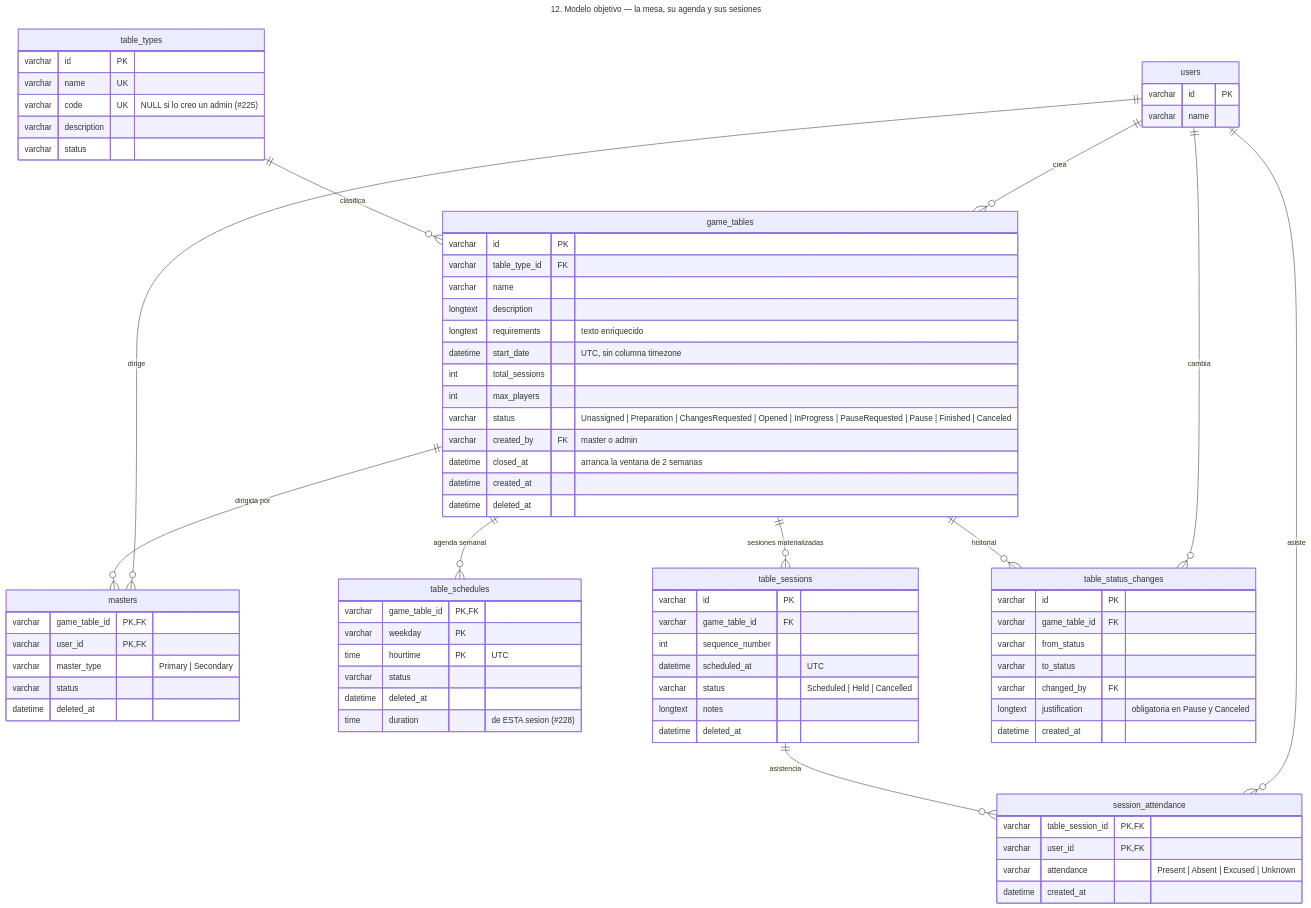
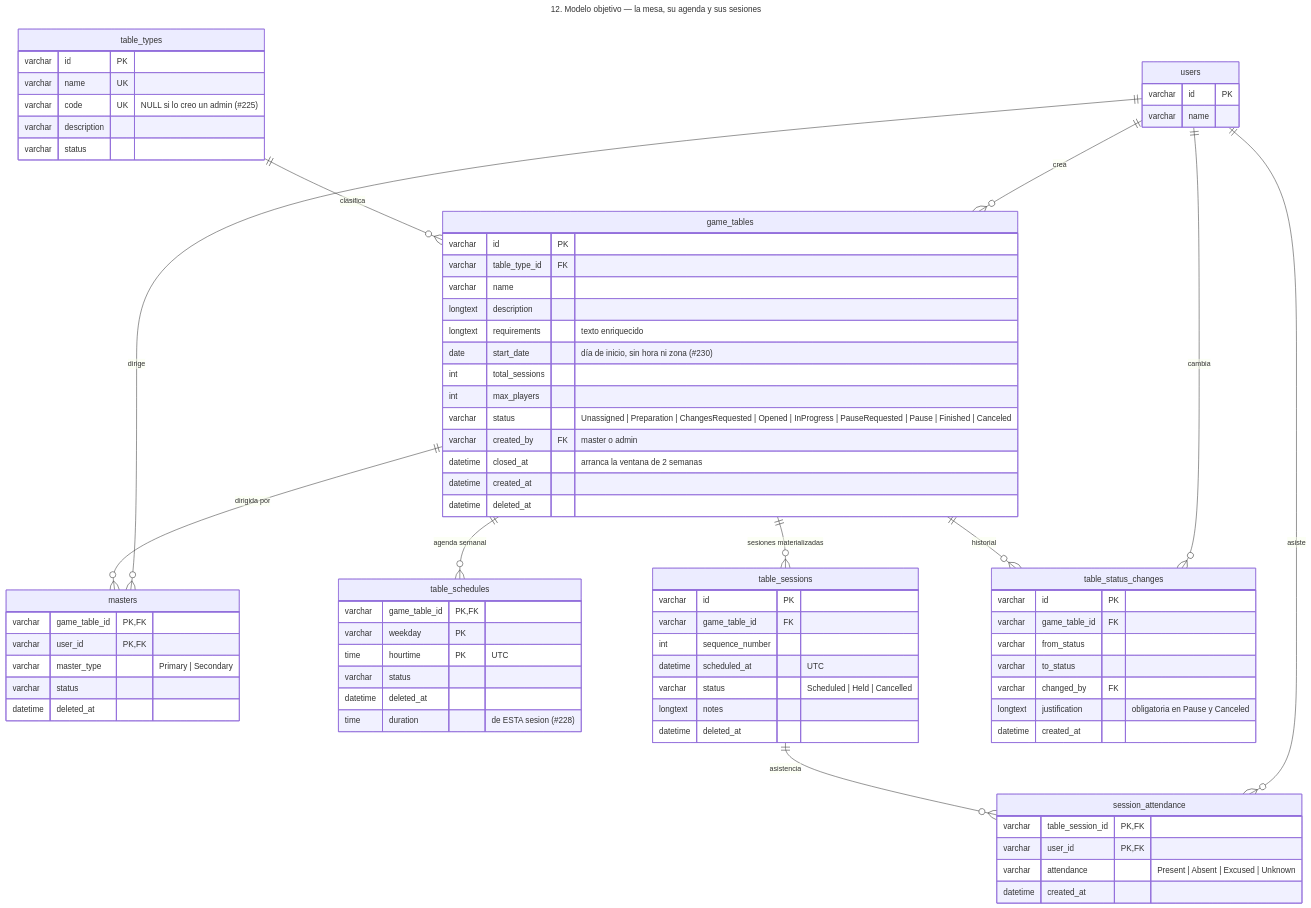
One commit to d4m14n257/CentralDungeon changed the diagram in docs/diagramas/12-objetivo-mesa.mmd. Above: the diagram before and after it, drawn with Mermaid. The commit also changed 158 other files, not shown here.

```diff
--- a/docs/diagramas/12-objetivo-mesa.mmd
+++ b/docs/diagramas/12-objetivo-mesa.mmd
@@ -1,88 +1,88 @@
 ---
 title: "12. Modelo objetivo — la mesa, su agenda y sus sesiones"
 ---
 erDiagram
 
     table_types {
         varchar id PK
         varchar name UK
         varchar code UK "NULL si lo creo un admin (#225)"
         varchar description
         varchar status
     }
 
     game_tables {
         varchar id PK
         varchar table_type_id FK
         varchar name
         longtext description
         longtext requirements "texto enriquecido"
-        datetime start_date "UTC, sin columna timezone"
+        date start_date "día de inicio, sin hora ni zona (#230)"
         int total_sessions
         int max_players
         varchar status "Unassigned | Preparation | ChangesRequested | Opened | InProgress | PauseRequested | Pause | Finished | Canceled"
         varchar created_by FK "master o admin"
         datetime closed_at "arranca la ventana de 2 semanas"
         datetime created_at
         datetime deleted_at
     }
 
     masters {
         varchar game_table_id PK,FK
         varchar user_id PK,FK
         varchar master_type "Primary | Secondary"
         varchar status
         datetime deleted_at
     }
 
     table_schedules {
         varchar game_table_id PK,FK
         varchar weekday PK
         time hourtime PK "UTC"
         varchar status
         datetime deleted_at
         time duration "de ESTA sesion (#228)"
     }
 
     table_sessions {
         varchar id PK
         varchar game_table_id FK
         int sequence_number
         datetime scheduled_at "UTC"
         varchar status "Scheduled | Held | Cancelled"
         longtext notes
         datetime deleted_at
     }
 
     session_attendance {
         varchar table_session_id PK,FK
         varchar user_id PK,FK
         varchar attendance "Present | Absent | Excused | Unknown"
         datetime created_at
     }
 
     table_status_changes {
         varchar id PK
         varchar game_table_id FK
         varchar from_status
         varchar to_status
         varchar changed_by FK
         longtext justification "obligatoria en Pause y Canceled"
         datetime created_at
     }
 
     users {
         varchar id PK
         varchar name
     }
 
     table_types    ||--o{ game_tables          : "clasifica"
     game_tables    ||--o{ masters              : "dirigida por"
     users          ||--o{ masters              : "dirige"
     game_tables    ||--o{ table_schedules      : "agenda semanal"
     game_tables    ||--o{ table_sessions       : "sesiones materializadas"
     table_sessions ||--o{ session_attendance   : "asistencia"
     users          ||--o{ session_attendance   : "asiste"
     game_tables    ||--o{ table_status_changes : "historial"
     users          ||--o{ table_status_changes : "cambia"
     users          ||--o{ game_tables          : "crea"
```
